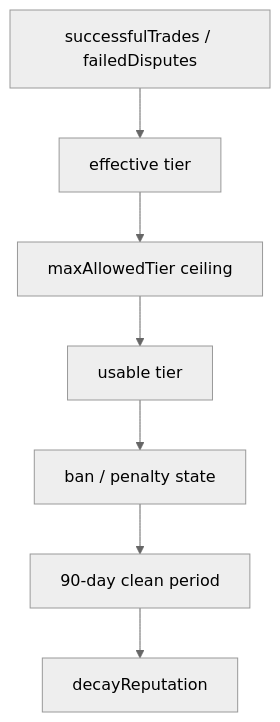
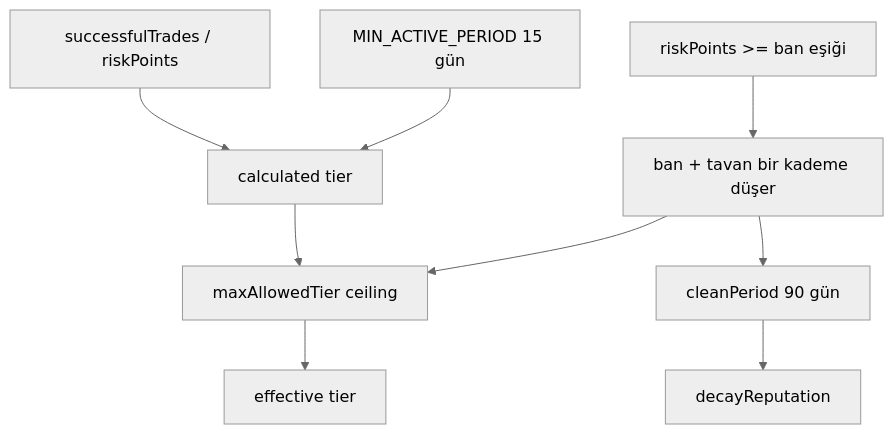
The seventh of 14 diagrams in docs/TR/ARCHITECTURE.md (MyDemir/Araf-Protocol), drawn with Mermaid (neutral theme) before and after one commit. The commit also changed other lines of this file and 1 other file, not shown here.

First line of the commit message:
docs(architecture): kontrat bölümleri koddan yeniden hizalandı (TR/EN)

````diff
--- a/docs/TR/ARCHITECTURE.md
+++ b/docs/TR/ARCHITECTURE.md
@@ -404,9 +425,11 @@
 ```mermaid
 flowchart TD
-    A[successfulTrades / failedDisputes] --> B[effective tier]
+    A[successfulTrades / riskPoints] --> B[calculated tier]
+    T[MIN_ACTIVE_PERIOD 15 gün] --> B
     B --> C[maxAllowedTier ceiling]
-    C --> D[usable tier]
-    D --> E[ban / penalty state]
-    E --> F[90-day clean period]
+    C --> D[effective tier]
+    R[riskPoints >= ban eşiği] --> E[ban + tavan bir kademe düşer]
+    E --> C
+    E --> F[cleanPeriod 90 gün]
     F --> G[decayReputation]
 ```
````
